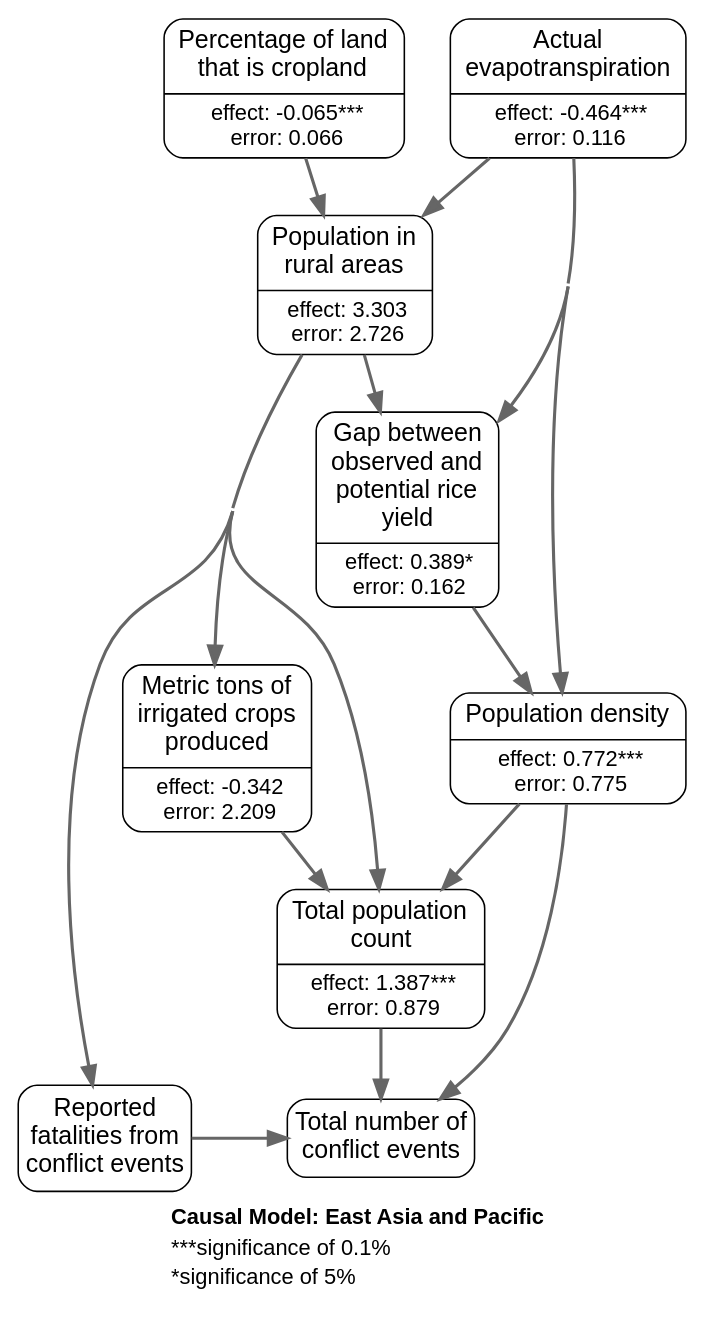
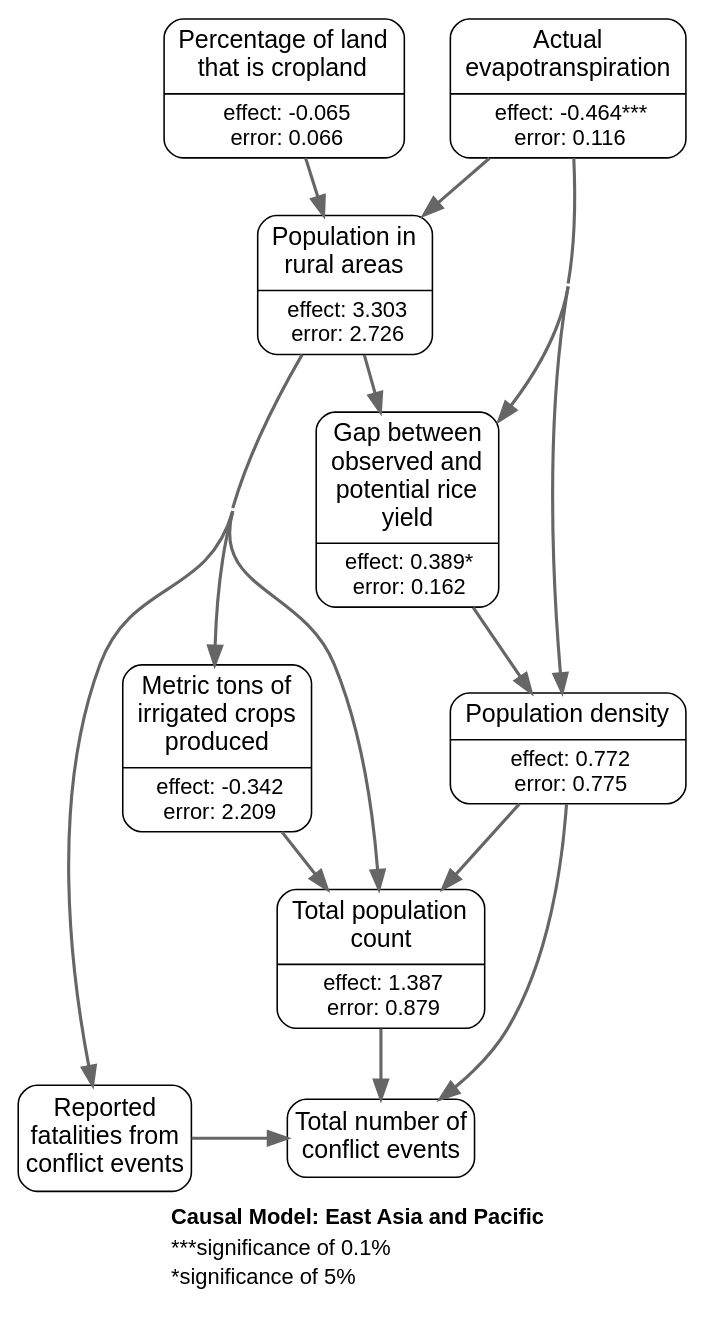
One commit to wri/wri-wpsi changed the diagram in app/javascript/images/regions/causal_graphs/east_asia_and_pacific.gv. Above: the diagram before and after it, drawn with Graphviz. The commit also changed 10 other files, not shown here.

Commit message:
update significance graph values

```diff
--- a/app/javascript/images/regions/causal_graphs/east_asia_and_pacific.gv
+++ b/app/javascript/images/regions/causal_graphs/east_asia_and_pacific.gv
@@ -1,73 +1,73 @@
 # generated file for region: east_asia_and_pacific by CausalModelRegionGenerator
 strict digraph causalModel {
 fontname="Helvetica, Arial, sans-serif";
 label=<<TABLE BORDER="0" CELLBORDER="0" CELLSPACING="0"><TR><TD></TD></TR><TR><TD ALIGN="LEFT"><B>Causal Model: East Asia and Pacific</B></TD></TR><TR><TD ALIGN="LEFT">***significance of 0.1%</TD></TR><TR><TD ALIGN="LEFT">*significance of 5%</TD></TR></TABLE>>;
 labelloc = b;
 nodesep = 0.4;
 concentrate = true;
 node[shape = Mrecord, fontname = "Helvetica, Arial, sans-serif", margin = "0.10,0.06", penwidth = 1.0];
 edge[arrowsize = 1.2 penwidth = 2 color="#666666"];
 
 # nodes
 spam_P_i_sum_s [label = <{<table align="center" border="0" cellspacing="1" cellpadding="1">
 <tr><td><font point-size="16">Metric tons of<br/>irrigated crops<br/>produced<br/></font></td></tr>
 </table>
 |<table border="0" cellspacing="1" cellpadding="0.5"><tr><td><font point-size="14">effect: -0.342</font></td></tr>
 <tr><td><font point-size="14">error: 2.209</font></td></tr></table>}>, class = rankB];
 rurpop_s [label = <{<table align="center" border="0" cellspacing="1" cellpadding="1">
 <tr><td><font point-size="16">Population in<br/>rural areas<br/></font></td></tr>
 </table>
 |<table border="0" cellspacing="1" cellpadding="0.5"><tr><td><font point-size="14">effect: 3.303</font></td></tr>
 <tr><td><font point-size="14">error: 2.726</font></td></tr></table>}>, class = rankB];
 Cropland2000_mean_percent_s [label = <{<table align="center" border="0" cellspacing="1" cellpadding="1">
 <tr><td><font point-size="16">Percentage of land<br/>that is cropland<br/></font></td></tr>
 </table>
-|<table border="0" cellspacing="1" cellpadding="0.5"><tr><td><font point-size="14">effect: -0.065***</font></td></tr>
+|<table border="0" cellspacing="1" cellpadding="0.5"><tr><td><font point-size="14">effect: -0.065</font></td></tr>
 <tr><td><font point-size="14">error: 0.066</font></td></tr></table>}>, class = rankA];
 loccount_y [label = <{<table align="center" border="0" cellspacing="1" cellpadding="1">
 <tr><td><font point-size="16">Total population<br/>count<br/></font></td></tr>
 </table>
-|<table border="0" cellspacing="1" cellpadding="0.5"><tr><td><font point-size="14">effect: 1.387***</font></td></tr>
+|<table border="0" cellspacing="1" cellpadding="0.5"><tr><td><font point-size="14">effect: 1.387</font></td></tr>
 <tr><td><font point-size="14">error: 0.879</font></td></tr></table>}>, class = rankB];
 locdensity_y [label = <{<table align="center" border="0" cellspacing="1" cellpadding="1">
 <tr><td><font point-size="16">Population density</font></td></tr>
 </table>
-|<table border="0" cellspacing="1" cellpadding="0.5"><tr><td><font point-size="14">effect: 0.772***</font></td></tr>
+|<table border="0" cellspacing="1" cellpadding="0.5"><tr><td><font point-size="14">effect: 0.772</font></td></tr>
 <tr><td><font point-size="14">error: 0.775</font></td></tr></table>}>, class = rankB];
 yield_gap_rice_s [label = <{<table align="center" border="0" cellspacing="1" cellpadding="1">
 <tr><td><font point-size="16">Gap between<br/>observed and<br/>potential rice<br/>yield<br/></font></td></tr>
 </table>
 |<table border="0" cellspacing="1" cellpadding="0.5"><tr><td><font point-size="14">effect: 0.389*</font></td></tr>
 <tr><td><font point-size="14">error: 0.162</font></td></tr></table>}>, class = rankB];
 et_actl_m_MIN_m [label = <{<table align="center" border="0" cellspacing="1" cellpadding="1">
 <tr><td><font point-size="16">Actual<br/>evapotranspiration<br/></font></td></tr>
 </table>
 |<table border="0" cellspacing="1" cellpadding="0.5"><tr><td><font point-size="14">effect: -0.464***</font></td></tr>
 <tr><td><font point-size="14">error: 0.116</font></td></tr></table>}>, class = rankA];
 acl_sum_evnt_m [label = "Total number of
 conflict events" class = rankC shape=box style=rounded fontsize="16pt" margin = "0.05,0.10"];
 acl_sum_fatl_m [label = "Reported
 fatalities from
 conflict events" class = rankC shape=box style=rounded fontsize="16pt" margin = "0.05,0.10"];
 
 #ranks
 {rank=same; Cropland2000_mean_percent_s et_actl_m_MIN_m; }
 {rank=same; acl_sum_evnt_m acl_sum_fatl_m; }
 
 # links
 spam_P_i_sum_s -> loccount_y ;
 rurpop_s -> spam_P_i_sum_s ;
 rurpop_s -> loccount_y ;
 rurpop_s -> yield_gap_rice_s ;
 rurpop_s -> acl_sum_fatl_m ;
 Cropland2000_mean_percent_s -> rurpop_s ;
 loccount_y -> acl_sum_evnt_m ;
 locdensity_y -> loccount_y ;
 locdensity_y -> acl_sum_evnt_m ;
 yield_gap_rice_s -> locdensity_y ;
 et_actl_m_MIN_m -> rurpop_s ;
 et_actl_m_MIN_m -> locdensity_y ;
 et_actl_m_MIN_m -> yield_gap_rice_s ;
 acl_sum_fatl_m -> acl_sum_evnt_m ;
 
 }
```
